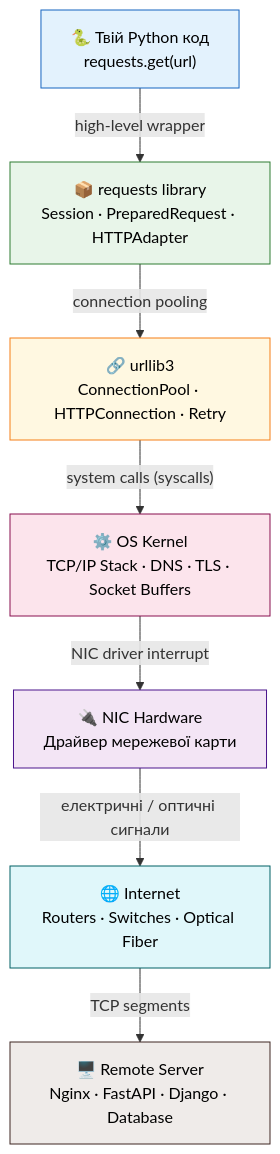
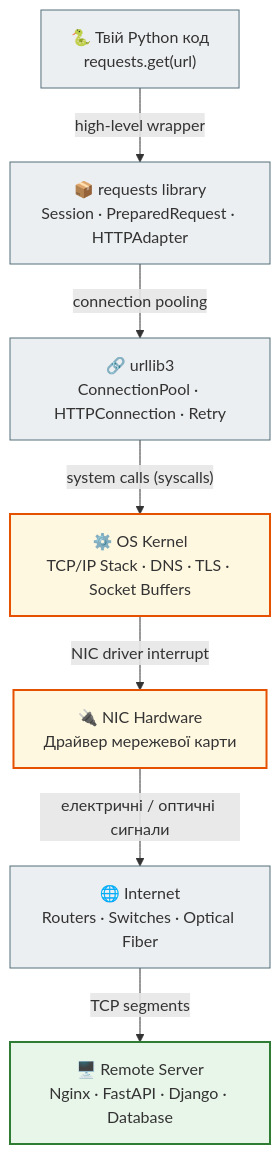
One commit to NikoriakViktot/notes_chat_app changed the first of 8 diagrams in docs/01_web_foundations/http_requests_docs.md. Above: the diagram before and after it, drawn with Mermaid. The commit also changed other lines of this file and 441 other files, not shown here.

First line of the commit message:
Add English version of the book, Mermaid standard, docs fixes

````diff
--- a/docs/01_web_foundations/http_requests_docs.md
+++ b/docs/01_web_foundations/http_requests_docs.md
@@ -68,25 +68,25 @@
 ```mermaid
 flowchart TD
-    A["🐍 Твій Python код\nrequests.get(url)"]
-    B["📦 requests library\nSession · PreparedRequest · HTTPAdapter"]
-    C["🔗 urllib3\nConnectionPool · HTTPConnection · Retry"]
-    D["⚙️ OS Kernel\nTCP/IP Stack · DNS · TLS · Socket Buffers"]
-    E["🔌 NIC Hardware\nДрайвер мережевої карти"]
-    F["🌐 Internet\nRouters · Switches · Optical Fiber"]
-    G["🖥️ Remote Server\nNginx · FastAPI · Django · Database"]
+    A["🐍 Твій Python код<br>requests.get(url)"]
+    B["📦 requests library<br>Session · PreparedRequest · HTTPAdapter"]
+    C["🔗 urllib3<br>ConnectionPool · HTTPConnection · Retry"]
+    D["⚙️ OS Kernel<br>TCP/IP Stack · DNS · TLS · Socket Buffers"]
+    E["🔌 NIC Hardware<br>Драйвер мережевої карти"]
+    F["🌐 Internet<br>Routers · Switches · Optical Fiber"]
+    G["🖥️ Remote Server<br>Nginx · FastAPI · Django · Database"]
 
     A -->|"high-level wrapper"| B
     B -->|"connection pooling"| C
     C -->|"system calls (syscalls)"| D
     D -->|"NIC driver interrupt"| E
     E -->|"електричні / оптичні сигнали"| F
     F -->|"TCP segments"| G
 
-    style A fill:#e3f2fd,stroke:#1565c0,color:#000
-    style B fill:#e8f5e9,stroke:#2e7d32,color:#000
-    style C fill:#fff8e1,stroke:#f57f17,color:#000
-    style D fill:#fce4ec,stroke:#880e4f,color:#000
-    style E fill:#f3e5f5,stroke:#4a148c,color:#000
-    style F fill:#e0f7fa,stroke:#006064,color:#000
-    style G fill:#efebe9,stroke:#3e2723,color:#000
+    classDef step     fill:#eceff1,stroke:#546e7a,stroke-width:1px;
+    classDef success  fill:#e8f5e9,stroke:#2e7d32,stroke-width:2px;
+    classDef warning  fill:#fff8e1,stroke:#e65100,stroke-width:2px;
+
+    class A,B,C,F step;
+    class D,E warning;
+    class G success;
 ```
````
